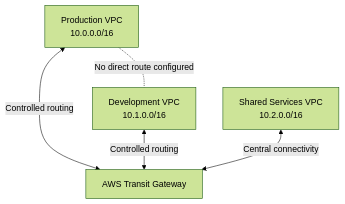
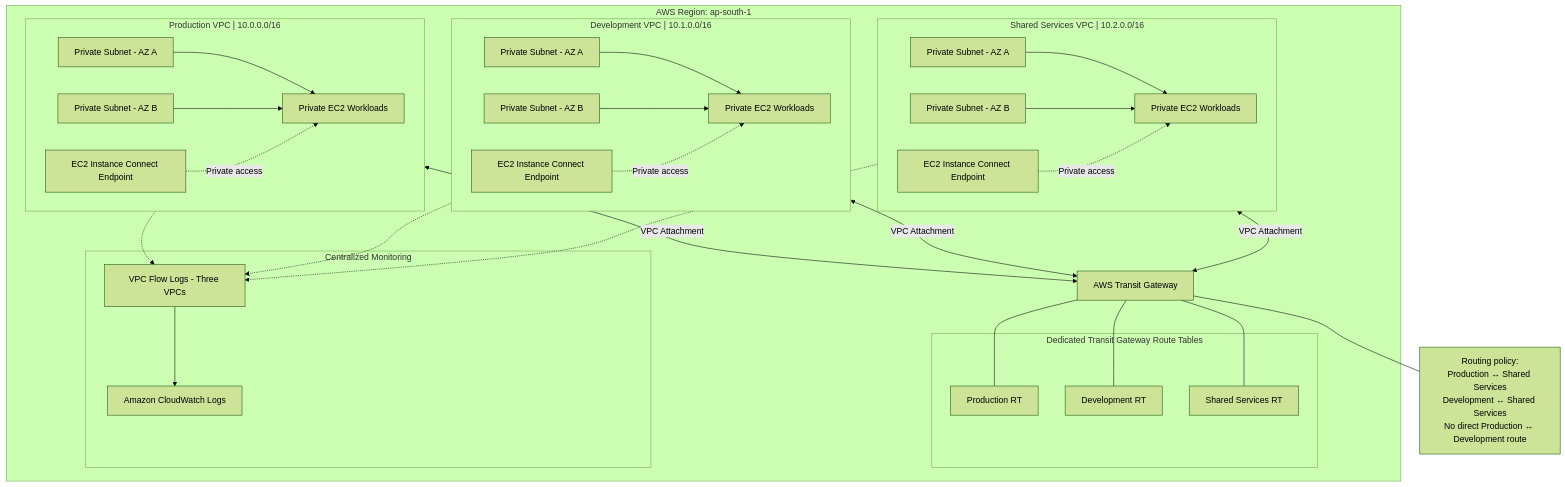
Before and after one commit to SaivammsiBara/AWS-Hub-spoke-terraform: the diagram in README.md, drawn with Mermaid (forest theme).

Commit message:
Improve AWS hub-and-spoke architecture diagram

````diff
--- a/README.md
+++ b/README.md
@@ -17,14 +17,63 @@
 ```mermaid
 flowchart TB
-    TGW["AWS Transit Gateway"]
+    subgraph AWS["AWS Region: ap-south-1"]
+        TGW["AWS Transit Gateway"]
 
-    PROD["Production VPC<br/>10.0.0.0/16"]
-    DEV["Development VPC<br/>10.1.0.0/16"]
-    SHARED["Shared Services VPC<br/>10.2.0.0/16"]
+        subgraph PROD["Production VPC | 10.0.0.0/16"]
+            PA["Private Subnet - AZ A"]
+            PB["Private Subnet - AZ B"]
+            PE["Private EC2 Workloads"]
+            EICE1["EC2 Instance Connect Endpoint"]
+            PA --> PE
+            PB --> PE
+            EICE1 -. Private access .-> PE
+        end
 
-    PROD <-->|"Controlled routing"| TGW
-    DEV <-->|"Controlled routing"| TGW
-    SHARED <-->|"Central connectivity"| TGW
+        subgraph DEV["Development VPC | 10.1.0.0/16"]
+            DA["Private Subnet - AZ A"]
+            DB["Private Subnet - AZ B"]
+            DE["Private EC2 Workloads"]
+            EICE2["EC2 Instance Connect Endpoint"]
+            DA --> DE
+            DB --> DE
+            EICE2 -. Private access .-> DE
+        end
 
-    PROD -. "No direct route configured" .- DEV
+        subgraph SHARED["Shared Services VPC | 10.2.0.0/16"]
+            SA["Private Subnet - AZ A"]
+            SB["Private Subnet - AZ B"]
+            SE["Private EC2 Workloads"]
+            EICE3["EC2 Instance Connect Endpoint"]
+            SA --> SE
+            SB --> SE
+            EICE3 -. Private access .-> SE
+        end
+
+        PROD <-->|VPC Attachment| TGW
+        DEV <-->|VPC Attachment| TGW
+        SHARED <-->|VPC Attachment| TGW
+
+        subgraph ROUTING["Dedicated Transit Gateway Route Tables"]
+            PRT["Production RT"]
+            DRT["Development RT"]
+            SRT["Shared Services RT"]
+        end
+
+        TGW --- PRT
+        TGW --- DRT
+        TGW --- SRT
+
+        subgraph MON["Centralized Monitoring"]
+            FL["VPC Flow Logs - Three VPCs"]
+            CW["Amazon CloudWatch Logs"]
+            FL --> CW
+        end
+
+        PROD -.-> FL
+        DEV -.-> FL
+        SHARED -.-> FL
+    end
+
+    POLICY["Routing policy:<br/>Production ↔ Shared Services<br/>Development ↔ Shared Services<br/>No direct Production ↔ Development route"]
+    TGW --- POLICY
 ```
````
